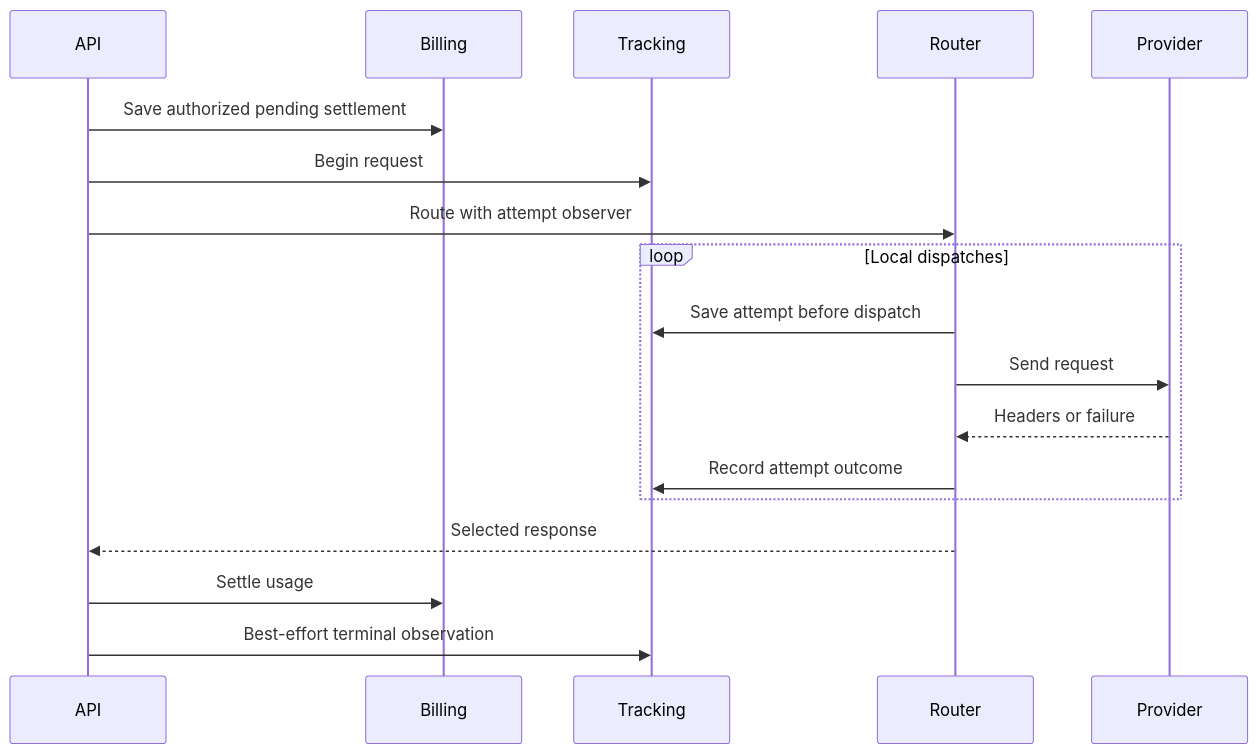
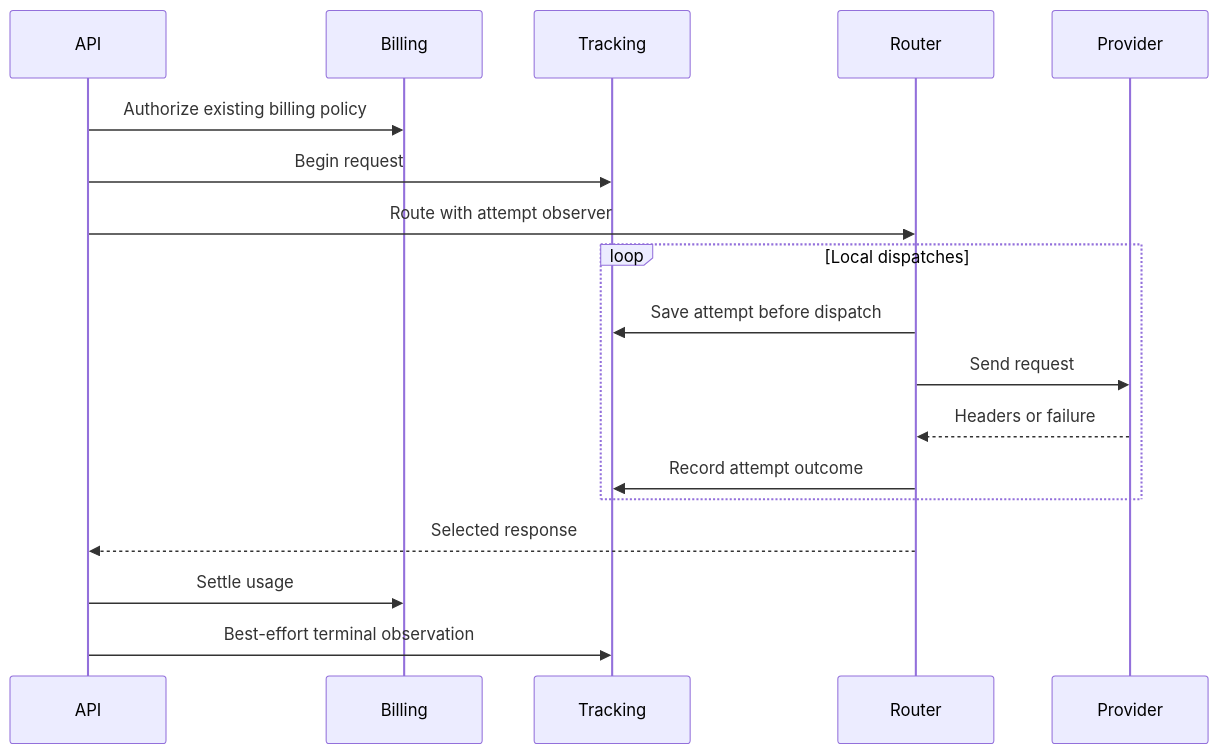
Before and after one commit to moeru-ai/airi: the second of 2 diagrams in server/docs/ai/adr/2026-09-27-llm-request-tracking.md, drawn with Mermaid. The commit also changed other lines of this file and 32 other files, not shown here.

Commit message:
refactor(api): make request tracking independent of settlement

````diff
--- a/server/docs/ai/adr/2026-09-27-llm-request-tracking.md
+++ b/server/docs/ai/adr/2026-09-27-llm-request-tracking.md
@@ -39,20 +38,20 @@
 ```mermaid
 sequenceDiagram
   participant API
   participant Billing
   participant Tracking
   participant Router
   participant Provider
-  API->>Billing: Save authorized pending settlement
+  API->>Billing: Authorize existing billing policy
   API->>Tracking: Begin request
   API->>Router: Route with attempt observer
   loop Local dispatches
     Router->>Tracking: Save attempt before dispatch
     Router->>Provider: Send request
     Provider-->>Router: Headers or failure
     Router->>Tracking: Record attempt outcome
   end
   Router-->>API: Selected response
   API->>Billing: Settle usage
   API->>Tracking: Best-effort terminal observation
 ```
````
